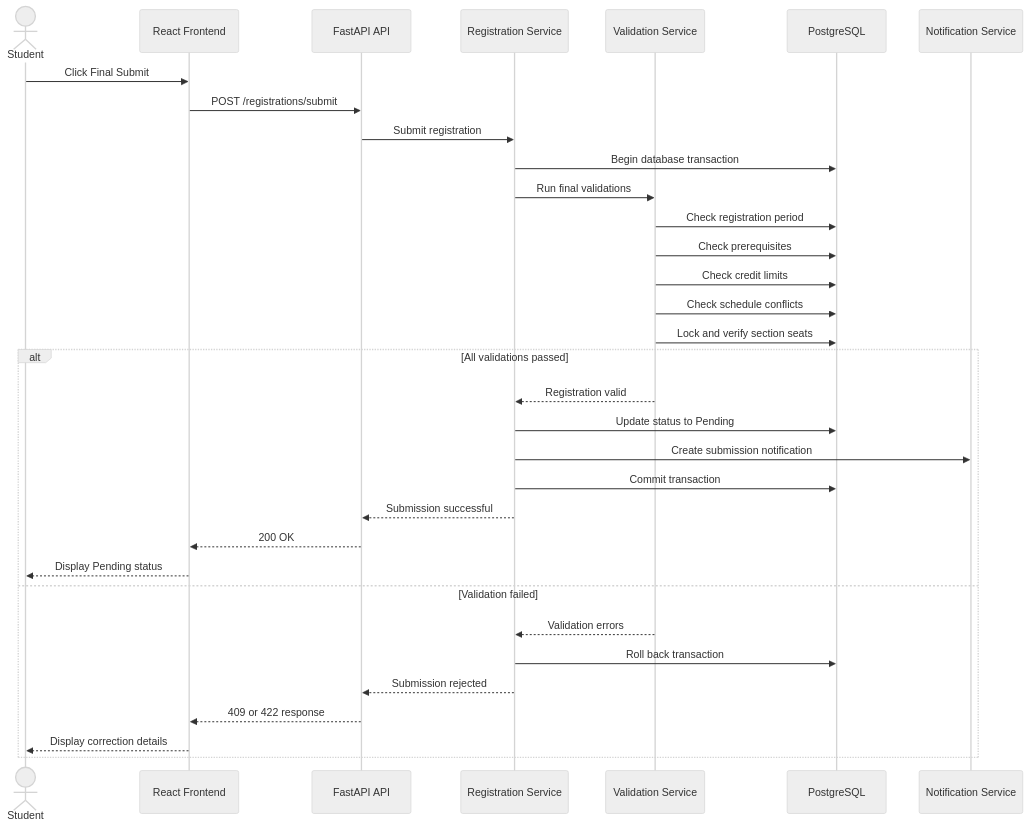
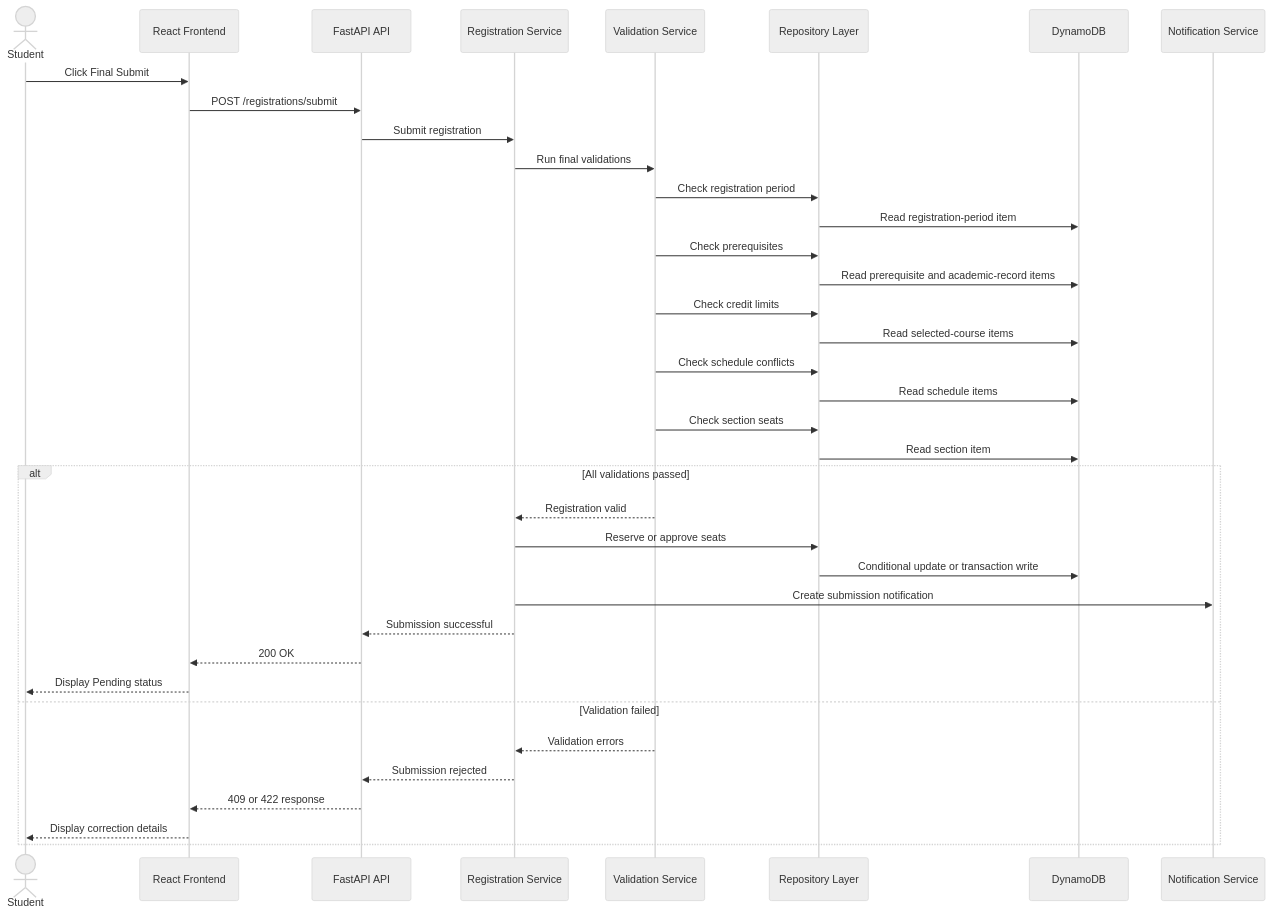
One commit to SS-Munna/CourseReg-wa changed the fourth of 7 diagrams in docs/19-system-design.md. Above: the diagram before and after it, drawn with Mermaid (neutral theme). The commit also changed other lines of this file and 9 other files, not shown here.

Commit message:
docs: update database design for DynamoDB

````diff
--- a/docs/19-system-design.md
+++ b/docs/19-system-design.md
@@ -623,38 +660,42 @@
 ```mermaid
 sequenceDiagram
     actor Student
     participant UI as React Frontend
     participant API as FastAPI API
     participant RS as Registration Service
     participant VS as Validation Service
-    participant DB as PostgreSQL
+    participant Repo as Repository Layer
+    participant DB as DynamoDB
     participant NS as Notification Service
 
     Student->>UI: Click Final Submit
     UI->>API: POST /registrations/submit
     API->>RS: Submit registration
-    RS->>DB: Begin database transaction
     RS->>VS: Run final validations
 
-    VS->>DB: Check registration period
-    VS->>DB: Check prerequisites
-    VS->>DB: Check credit limits
-    VS->>DB: Check schedule conflicts
-    VS->>DB: Lock and verify section seats
+    VS->>Repo: Check registration period
+    Repo->>DB: Read registration-period item
+    VS->>Repo: Check prerequisites
+    Repo->>DB: Read prerequisite and academic-record items
+    VS->>Repo: Check credit limits
+    Repo->>DB: Read selected-course items
+    VS->>Repo: Check schedule conflicts
+    Repo->>DB: Read schedule items
+    VS->>Repo: Check section seats
+    Repo->>DB: Read section item
 
     alt All validations passed
         VS-->>RS: Registration valid
-        RS->>DB: Update status to Pending
+        RS->>Repo: Reserve or approve seats
+        Repo->>DB: Conditional update or transaction write
         RS->>NS: Create submission notification
-        RS->>DB: Commit transaction
         RS-->>API: Submission successful
         API-->>UI: 200 OK
         UI-->>Student: Display Pending status
     else Validation failed
         VS-->>RS: Validation errors
-        RS->>DB: Roll back transaction
         RS-->>API: Submission rejected
         API-->>UI: 409 or 422 response
         UI-->>Student: Display correction details
     end
 ```
````
